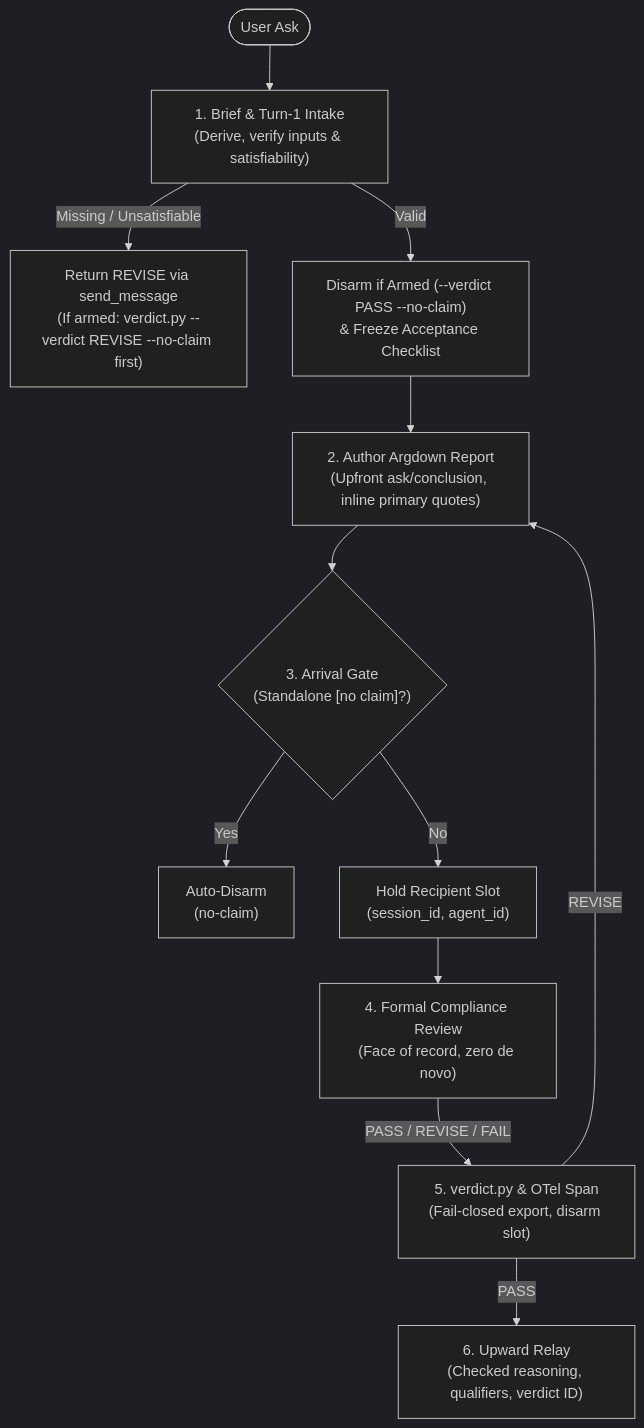
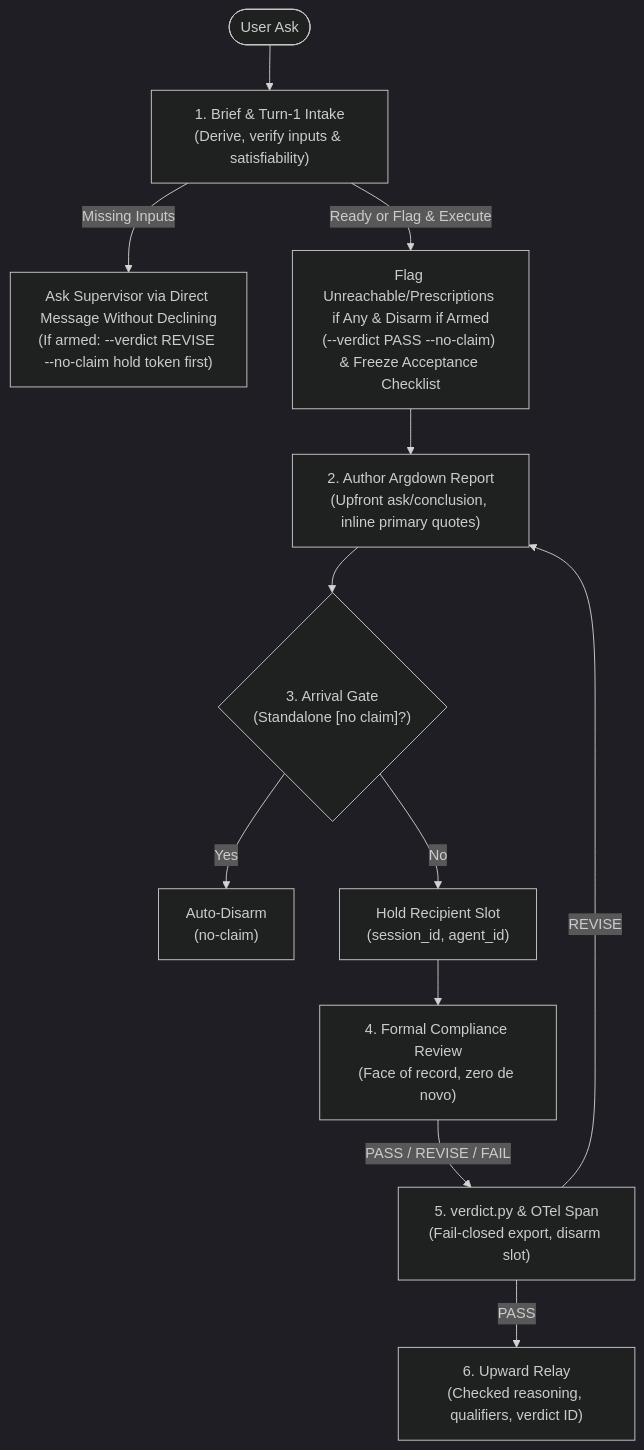
The diagram in specs/enforcement/evidence-contract.md (nicsuzor/academicOps), drawn with Mermaid (dark theme) before and after one commit. The commit also changed other lines of this file and 19 other files, not shown here.

````diff
--- a/specs/enforcement/evidence-contract.md
+++ b/specs/enforcement/evidence-contract.md
@@ -84,14 +86,14 @@
 ```mermaid
 flowchart TD
     Ask(["User Ask"]) --> Brief["1. Brief & Turn-1 Intake<br/>(Derive, verify inputs & satisfiability)"]
-    Brief -->|Missing / Unsatisfiable| BriefRevise["Return REVISE via send_message<br/>(If armed: verdict.py --verdict REVISE --no-claim first)"]
-    Brief -->|Valid| BriefClear["Disarm if Armed (--verdict PASS --no-claim)<br/>& Freeze Acceptance Checklist"]
+    Brief -->|Missing Inputs| BriefClarify["Ask Supervisor via Direct Message Without Declining<br/>(If armed: --verdict REVISE --no-claim hold token first)"]
+    Brief -->|Ready or Flag & Execute| BriefClear["Flag Unreachable/Prescriptions if Any & Disarm if Armed<br/>(--verdict PASS --no-claim) & Freeze Acceptance Checklist"]
     BriefClear --> Author["2. Author Argdown Report<br/>(Upfront ask/conclusion, inline primary quotes)"]
     Author --> Gate{"3. Arrival Gate<br/>(Standalone [no claim]?)"}
     Gate -->|Yes| AutoClear["Auto-Disarm<br/>(no-claim)"]
     Gate -->|No| Hold["Hold Recipient Slot<br/>(session_id, agent_id)"]
     Hold --> Review["4. Formal Compliance Review<br/>(Face of record, zero de novo)"]
     Review -->|PASS / REVISE / FAIL| Record["5. verdict.py & OTel Span<br/>(Fail-closed export, disarm slot)"]
     Record -->|REVISE| Author
     Record -->|PASS| Relay["6. Upward Relay<br/>(Checked reasoning, qualifiers, verdict ID)"]
 ```
````
